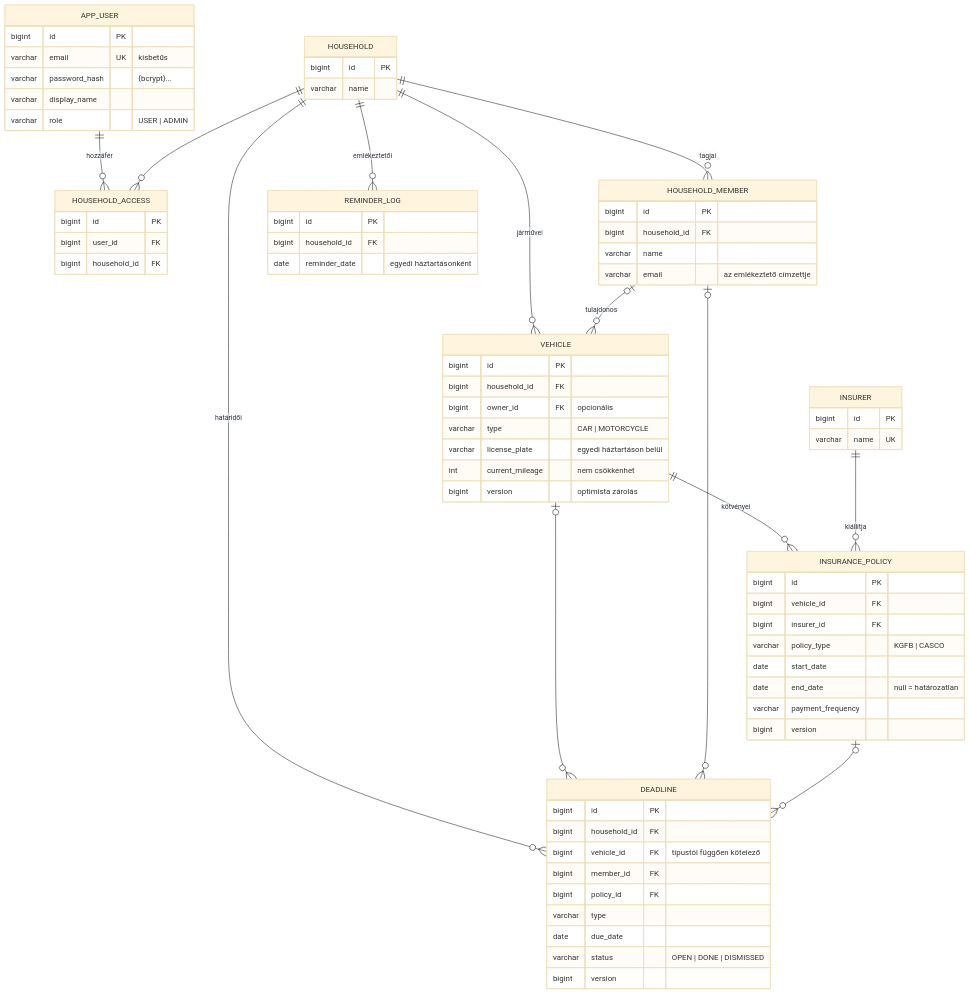
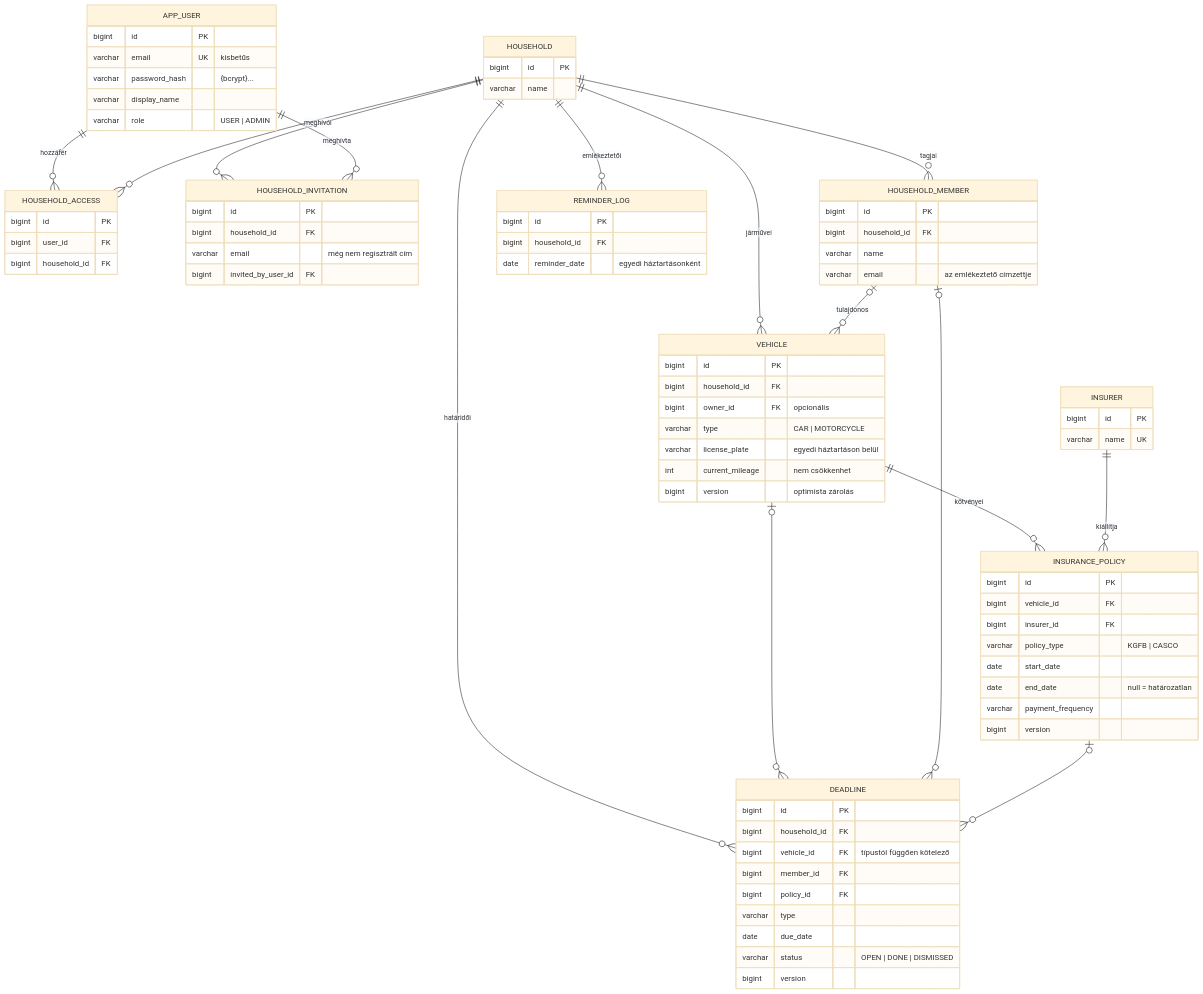
The first of 2 diagrams in docs/architecture.md (sarkozid1/family-fleet), drawn with Mermaid (base theme) before and after one commit. The commit also changed other lines of this file and 32 other files, not shown here.

```diff
--- a/docs/architecture.md
+++ b/docs/architecture.md
@@ -46,6 +47,8 @@
 erDiagram
     APP_USER ||--o{ HOUSEHOLD_ACCESS : "hozzáfér"
     HOUSEHOLD ||--o{ HOUSEHOLD_ACCESS : ""
+    HOUSEHOLD ||--o{ HOUSEHOLD_INVITATION : "meghívói"
+    APP_USER ||--o{ HOUSEHOLD_INVITATION : "meghívta"
     HOUSEHOLD ||--o{ HOUSEHOLD_MEMBER : "tagjai"
     HOUSEHOLD ||--o{ VEHICLE : "járművei"
     HOUSEHOLD_MEMBER |o--o{ VEHICLE : "tulajdonos"
@@ -68,6 +71,12 @@
         bigint id PK
         bigint user_id FK
         bigint household_id FK
+    }
+    HOUSEHOLD_INVITATION {
+        bigint id PK
+        bigint household_id FK
+        varchar email "még nem regisztrált cím"
+        bigint invited_by_user_id FK
     }
     HOUSEHOLD {
         bigint id PK
```
